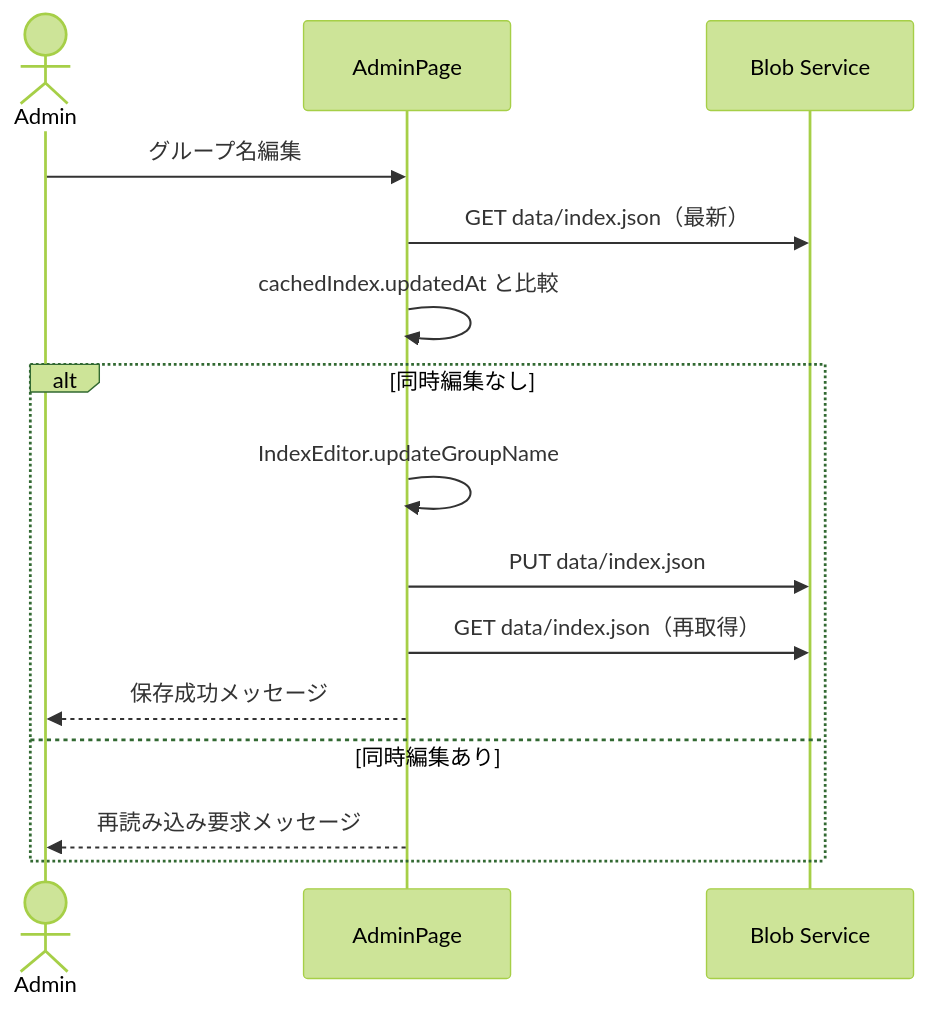
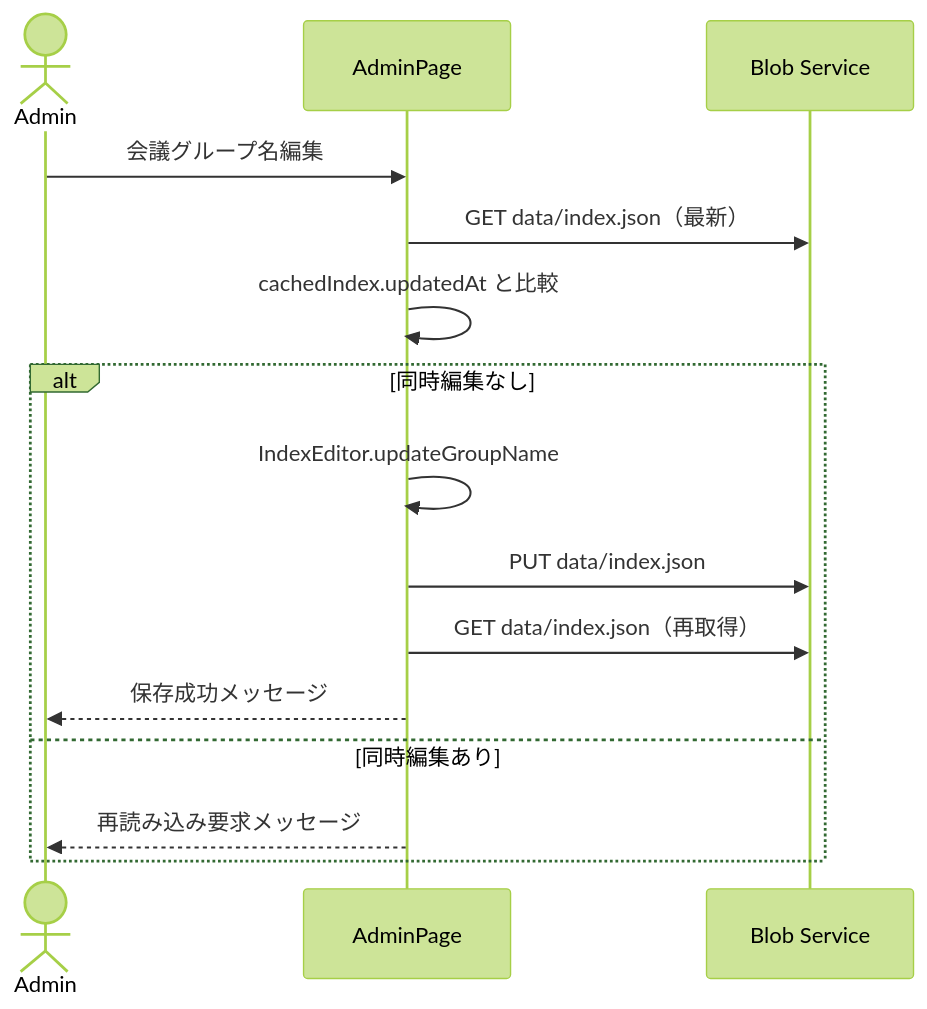
Before and after one commit to nuitsjp/teams-board: the fourth of 4 diagrams in docs/architecture.md, drawn with Mermaid (forest theme). The commit also changed other lines of this file and 19 other files, not shown here.

````diff
--- a/docs/architecture.md
+++ b/docs/architecture.md
@@ -160,18 +160,18 @@
 ```mermaid
 sequenceDiagram
   actor A as Admin
   participant SPA as AdminPage
   participant BLOB as Blob Service
 
-  A->>SPA: グループ名編集
+  A->>SPA: 会議グループ名編集
   SPA->>BLOB: GET data/index.json（最新）
   SPA->>SPA: cachedIndex.updatedAt と比較
   alt 同時編集なし
     SPA->>SPA: IndexEditor.updateGroupName
     SPA->>BLOB: PUT data/index.json
     SPA->>BLOB: GET data/index.json（再取得）
     SPA-->>A: 保存成功メッセージ
   else 同時編集あり
     SPA-->>A: 再読み込み要求メッセージ
   end
 ```
````
